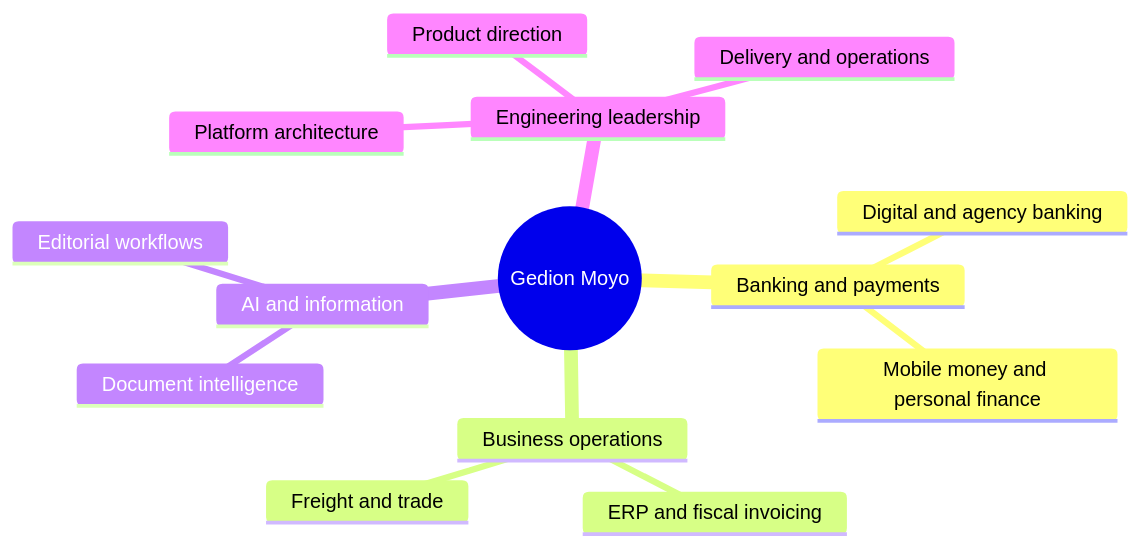
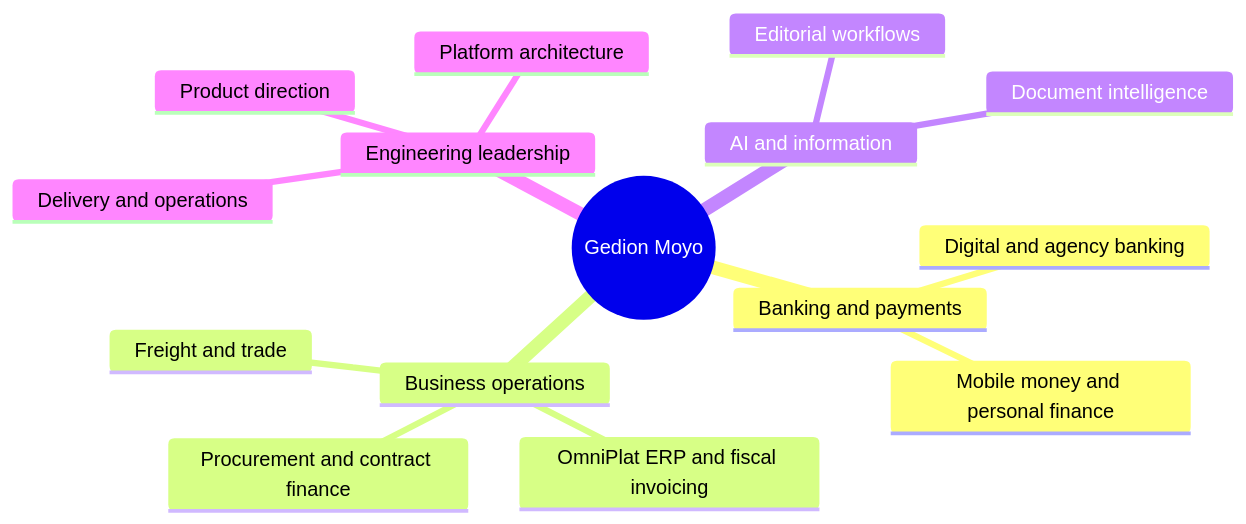
Before and after one commit to moyogedion/moyogedion: the second of 2 diagrams in README.md, drawn with Mermaid. The commit also changed other lines of this file, not shown here.

First line of the commit message:
Feature PulseRaft and OmniPlat ERP on profile

````diff
--- a/README.md
+++ b/README.md
@@ -35,17 +36,18 @@
 ```mermaid
 mindmap
   root((Gedion Moyo))
     Banking and payments
       Digital and agency banking
       Mobile money and personal finance
     Business operations
-      ERP and fiscal invoicing
+      OmniPlat ERP and fiscal invoicing
+      Procurement and contract finance
       Freight and trade
     AI and information
       Document intelligence
       Editorial workflows
     Engineering leadership
       Product direction
       Platform architecture
       Delivery and operations
 ```
````
